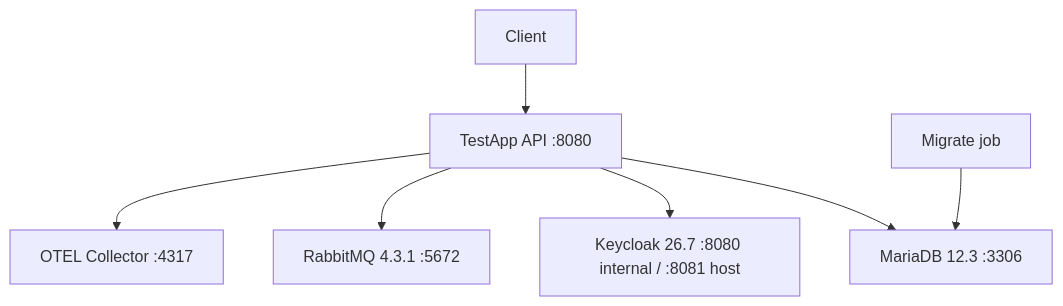
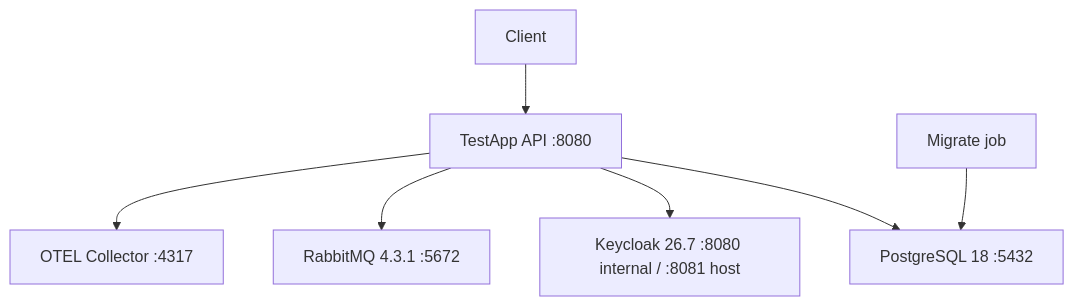
One commit to hhypest/TestApp changed the diagram in docs/OPERATIONS.md. Above: the diagram before and after it, drawn with Mermaid. The commit also changed other lines of this file and 73 other files, not shown here.

Commit message:
Migrate persistence to PostgreSQL

````diff
--- a/docs/OPERATIONS.md
+++ b/docs/OPERATIONS.md
@@ -9,9 +9,9 @@
 ```mermaid
 graph TD
     Client --> API[TestApp API :8080]
-    API --> DB[MariaDB 12.3 :3306]
+    API --> DB[PostgreSQL 18 :5432]
     API --> KC[Keycloak 26.7 :8080 internal / :8081 host]
     API --> RMQ[RabbitMQ 4.3.1 :5672]
     API --> OTEL[OTEL Collector :4317]
     MIG[Migrate job] --> DB
 ```
````
